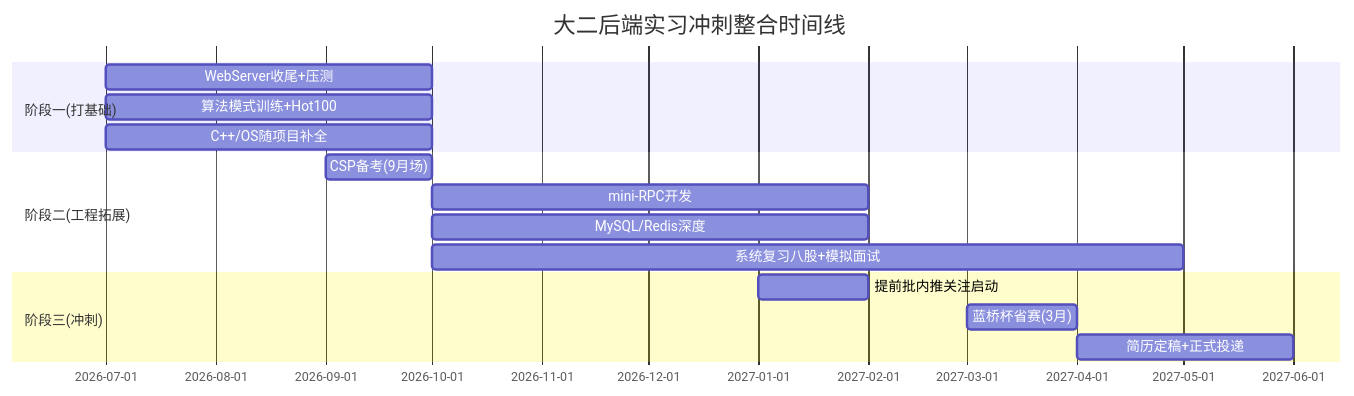
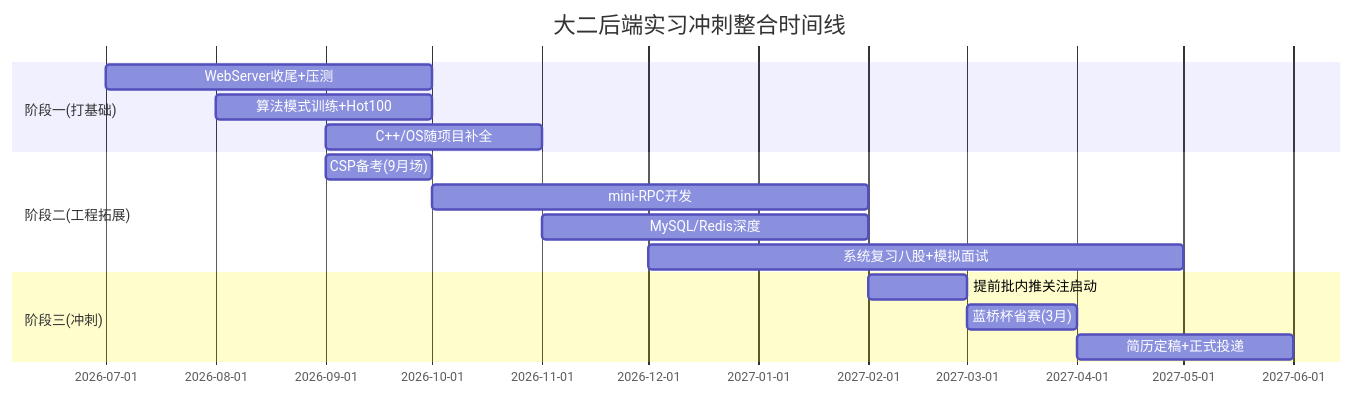
Before and after one commit to ziyan-cs/obsidian-coding-notes: the diagram in 大二后端实习冲刺全系统规划.md, drawn with Mermaid.

Commit message:
vault backup: 2026-06-21 17:50:50

````diff
--- a/大二后端实习冲刺全系统规划.md
+++ b/大二后端实习冲刺全系统规划.md
@@ -143,18 +143,18 @@
 ```mermaid
 gantt
     title 大二后端实习冲刺整合时间线
     dateFormat  YYYY-MM
     section 阶段一(打基础)
     WebServer收尾+压测       :2026-07, 3M
-    算法模式训练+Hot100       :2026-07, 3M
-    C++/OS随项目补全          :2026-07, 3M
+    算法模式训练+Hot100       :2026-08, 2M
+    C++/OS随项目补全          :2026-09, 2M
     section 阶段二(工程拓展)
     CSP备考(9月场)            :2026-09, 1M
     mini-RPC开发              :2026-10, 4M
-    MySQL/Redis深度           :2026-10, 4M
-    系统复习八股+模拟面试     :2026-10, 7M
+    MySQL/Redis深度           :2026-11, 3M
+    系统复习八股+模拟面试     :2026-12, 5M
     section 阶段三(冲刺)
-    提前批内推关注启动        :2027-01, 1M
+    提前批内推关注启动        :2027-02, 1M
     蓝桥杯省赛(3月)           :2027-03, 1M
     简历定稿+正式投递          :2027-04, 2M
 ```
````
